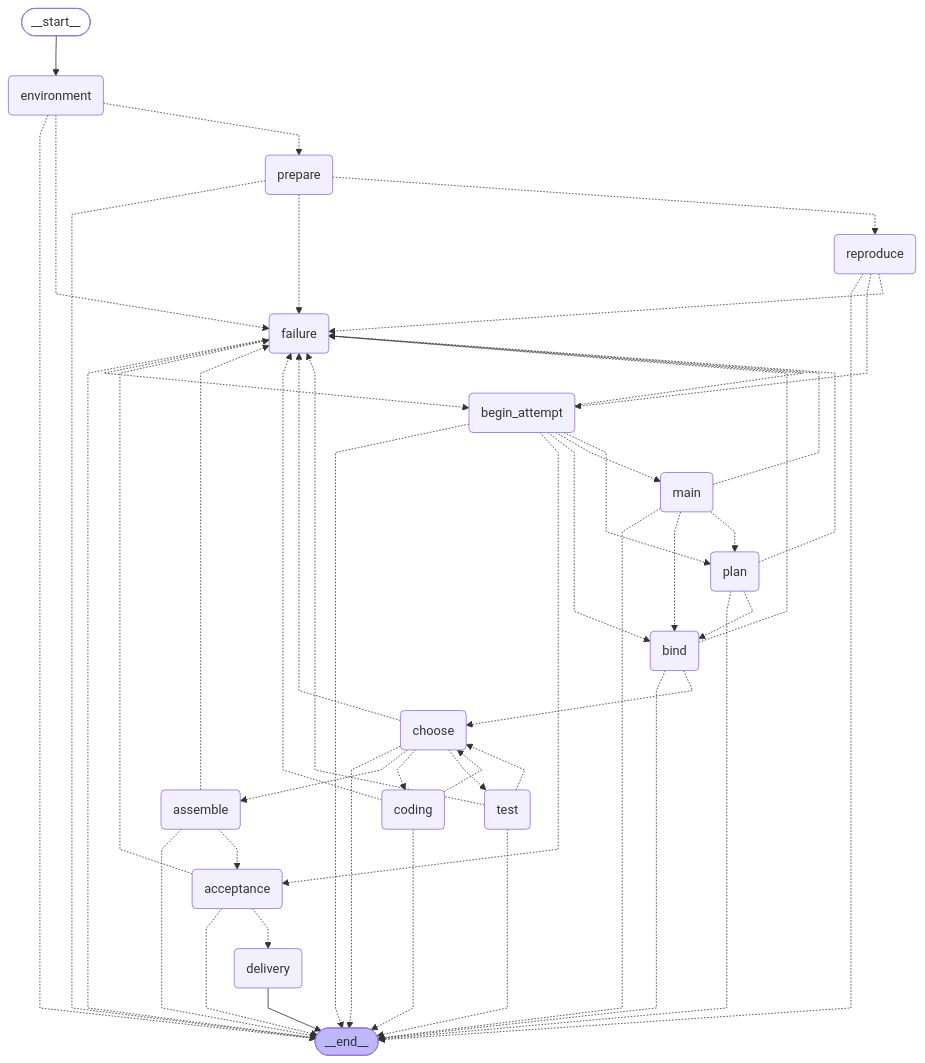
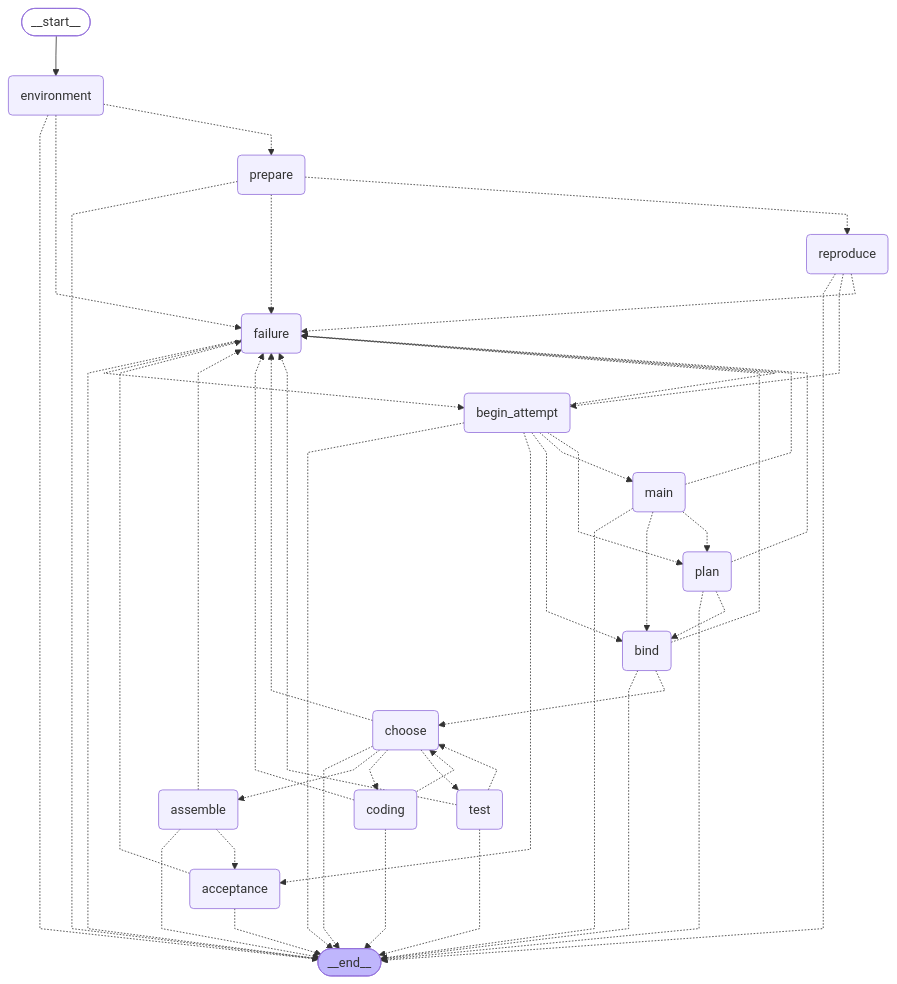
Before and after one commit to Ling-ye/AgentStrata: the first of 4 diagrams in specs/harness-langgraph/graphs.md, drawn with Mermaid. The commit also changed 67 other files, not shown here.

````diff
--- a/specs/harness-langgraph/graphs.md
+++ b/specs/harness-langgraph/graphs.md
@@ -7,73 +7,70 @@
 ```mermaid
 ---
 config:
   flowchart:
     curve: linear
 ---
 graph TD;
 	__start__([<p>__start__</p>]):::first
 	environment(environment)
 	prepare(prepare)
 	reproduce(reproduce)
 	begin_attempt(begin_attempt)
 	main(main)
 	plan(plan)
 	bind(bind)
 	coding(coding)
 	test(test)
 	assemble(assemble)
 	failure(failure)
 	acceptance(acceptance)
 	choose(choose)
-	delivery(delivery)
 	__end__([<p>__end__</p>]):::last
 	__start__ --> environment;
 	acceptance -.-> __end__;
-	acceptance -.-> delivery;
 	acceptance -.-> failure;
 	assemble -.-> __end__;
 	assemble -.-> acceptance;
 	assemble -.-> failure;
 	begin_attempt -.-> __end__;
 	begin_attempt -.-> acceptance;
 	begin_attempt -.-> bind;
 	begin_attempt -.-> failure;
 	begin_attempt -.-> main;
 	begin_attempt -.-> plan;
 	bind -.-> __end__;
 	bind -.-> choose;
 	bind -.-> failure;
 	choose -.-> __end__;
 	choose -.-> assemble;
 	choose -.-> coding;
 	choose -.-> failure;
 	choose -.-> test;
 	coding -.-> __end__;
 	coding -.-> choose;
 	coding -.-> failure;
 	environment -.-> __end__;
 	environment -.-> failure;
 	environment -.-> prepare;
 	failure -.-> __end__;
 	failure -.-> begin_attempt;
 	main -.-> __end__;
 	main -.-> bind;
 	main -.-> failure;
 	main -.-> plan;
 	plan -.-> __end__;
 	plan -.-> bind;
 	plan -.-> failure;
 	prepare -.-> __end__;
 	prepare -.-> failure;
 	prepare -.-> reproduce;
 	reproduce -.-> __end__;
 	reproduce -.-> begin_attempt;
 	reproduce -.-> failure;
 	test -.-> __end__;
 	test -.-> choose;
 	test -.-> failure;
-	delivery --> __end__;
 	classDef default fill:#f2f0ff,line-height:1.2
 	classDef first fill-opacity:0
 	classDef last fill:#bfb6fc
 ```
````
